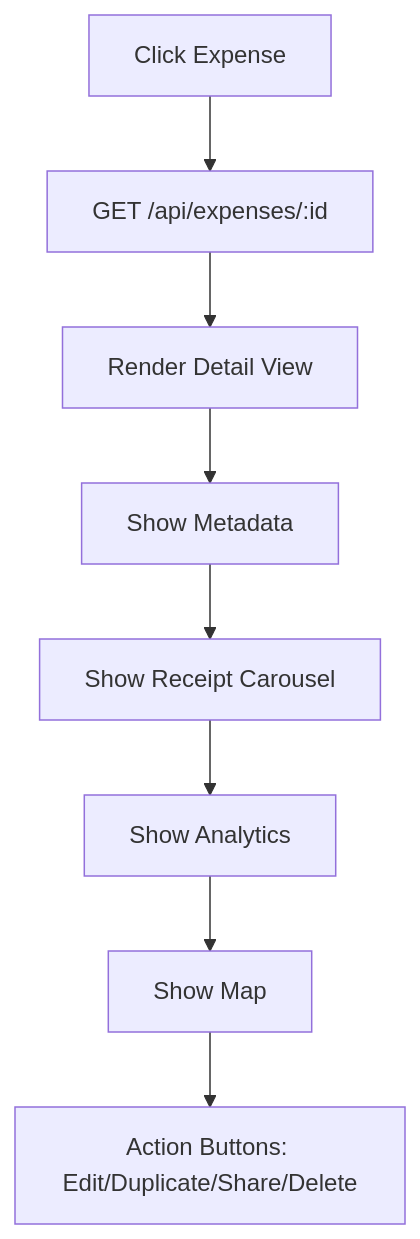
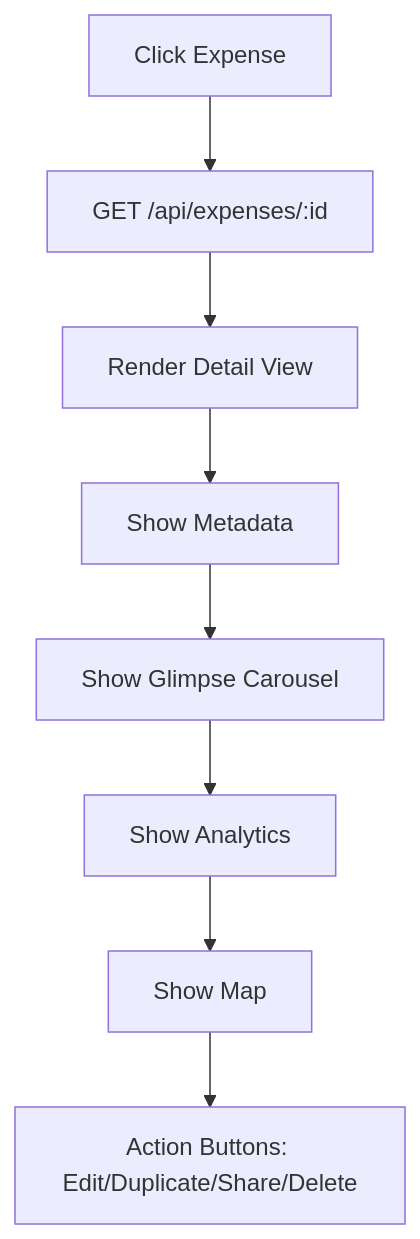
One commit to bharatbhusal/track-my-biryani changed the fourth of 5 diagrams in docs/UX.md. Above: the diagram before and after it, drawn with Mermaid. The commit also changed other lines of this file and 36 other files, not shown here.

````diff
--- a/docs/UX.md
+++ b/docs/UX.md
@@ -104,10 +104,10 @@
 ```mermaid
 flowchart TD
   A[Click Expense] --> B[GET /api/expenses/:id]
   B --> C[Render Detail View]
   C --> D[Show Metadata]
-  D --> E[Show Receipt Carousel]
+  D --> E[Show Glimpse Carousel]
   E --> F[Show Analytics]
   F --> G[Show Map]
   G --> H[Action Buttons: Edit/Duplicate/Share/Delete]
 ```
````
